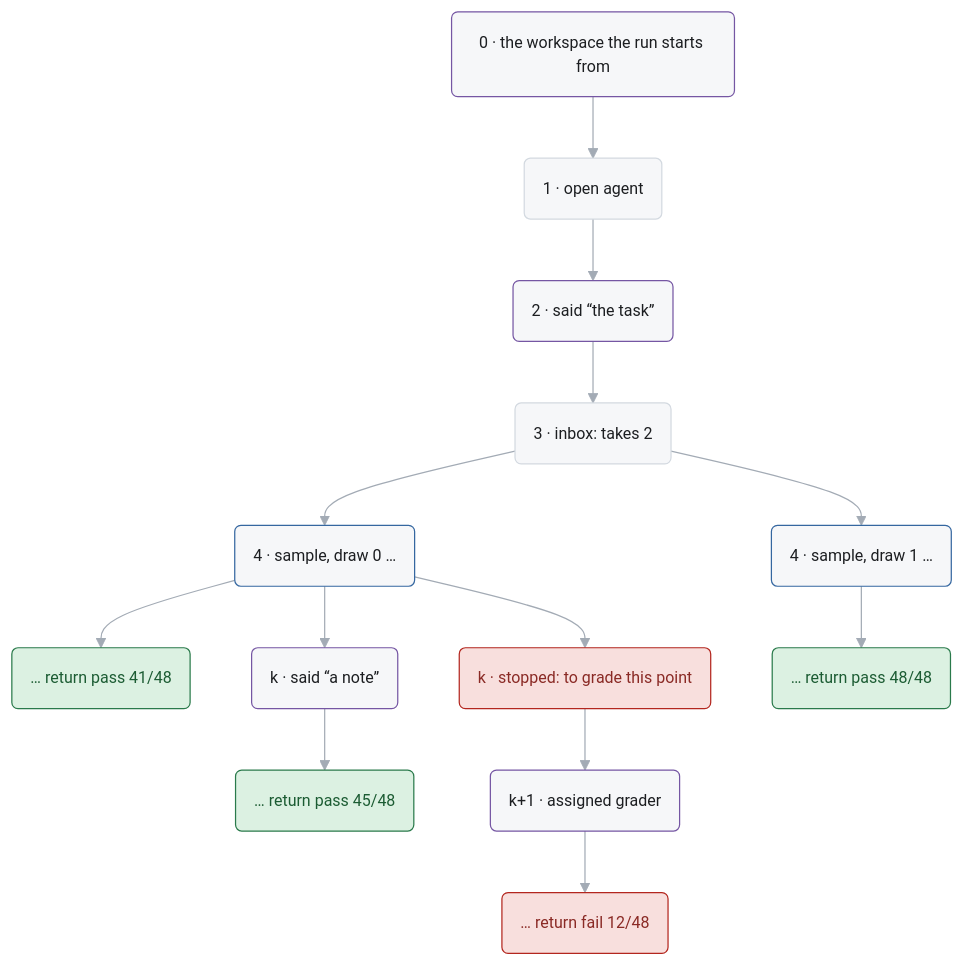
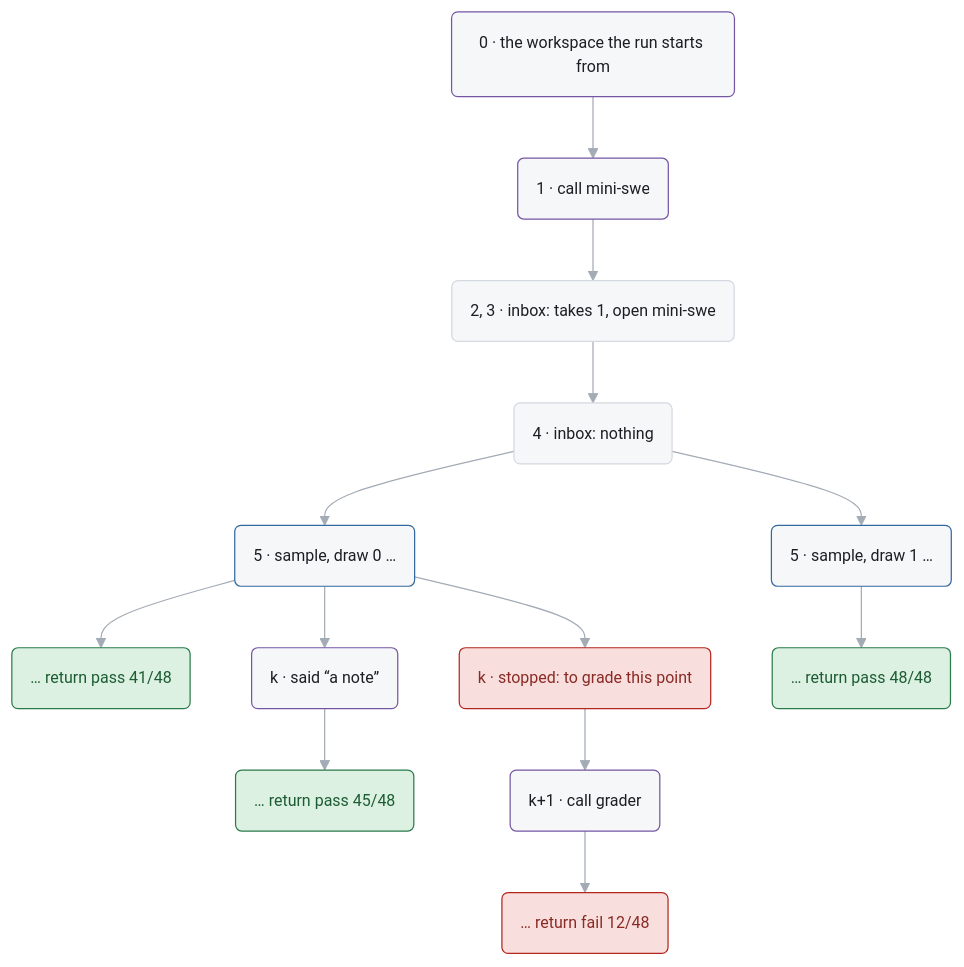
The second of 3 diagrams in docs/log-schema.md (pku-xht/alaya), drawn with Mermaid before and after one commit. The commit also changed other lines of this file and 79 other files, not shown here.

First line of the commit message:
Split a run into a root and calls of programs, and make grading one of them

````diff
--- a/docs/log-schema.md
+++ b/docs/log-schema.md
@@ -129,17 +130,17 @@
 ```mermaid
 %%{init: {"theme": "base", "themeVariables": {"fontFamily": "BlinkMacSystemFont, Segoe UI, Helvetica, Arial", "fontSize": "13px", "primaryColor": "#f6f7f9", "primaryTextColor": "#1c1e21", "primaryBorderColor": "#d3d9e0", "lineColor": "#a3abb5", "textColor": "#6f7985", "edgeLabelBackground": "#ffffff", "clusterBkg": "#fafbfc", "clusterBorder": "#e3e6ea"}}}%%
 flowchart TD
   classDef sample stroke:#3567a0
   classDef notice stroke:#7556a3
   classDef ok fill:#dcf1e2,stroke:#2a7a4b,color:#1c5c33
   classDef bad fill:#f8dfdd,stroke:#b3261e,color:#8a2a25
 
-  root("0 · the workspace the run starts from"):::notice --> opened("1 · open agent")
-  opened --> task("2 · said “the task”"):::notice --> heard("3 · inbox: takes 2")
-  heard --> first("4 · sample, draw 0 …"):::sample --> firstEnd("… return pass 41/48"):::ok
-  heard --> second("4 · sample, draw 1 …"):::sample --> secondEnd("… return pass 48/48"):::ok
+  root("0 · the workspace the run starts from"):::notice --> called("1 · call mini-swe"):::notice
+  called --> opened("2, 3 · inbox: takes 1, open mini-swe") --> heard("4 · inbox: nothing")
+  heard --> first("5 · sample, draw 0 …"):::sample --> firstEnd("… return pass 41/48"):::ok
+  heard --> second("5 · sample, draw 1 …"):::sample --> secondEnd("… return pass 48/48"):::ok
   first --> note("k · said “a note”"):::notice --> noteEnd("… return pass 45/48"):::ok
   first --> stopped("k · stopped: to grade this point"):::bad
-  stopped --> assigned("k+1 · assigned grader"):::notice --> graded("… return fail 12/48"):::bad
+  stopped --> grader("k+1 · call grader"):::notice --> graded("… return fail 12/48"):::bad
   linkStyle default stroke-width:1px
 ```
````
